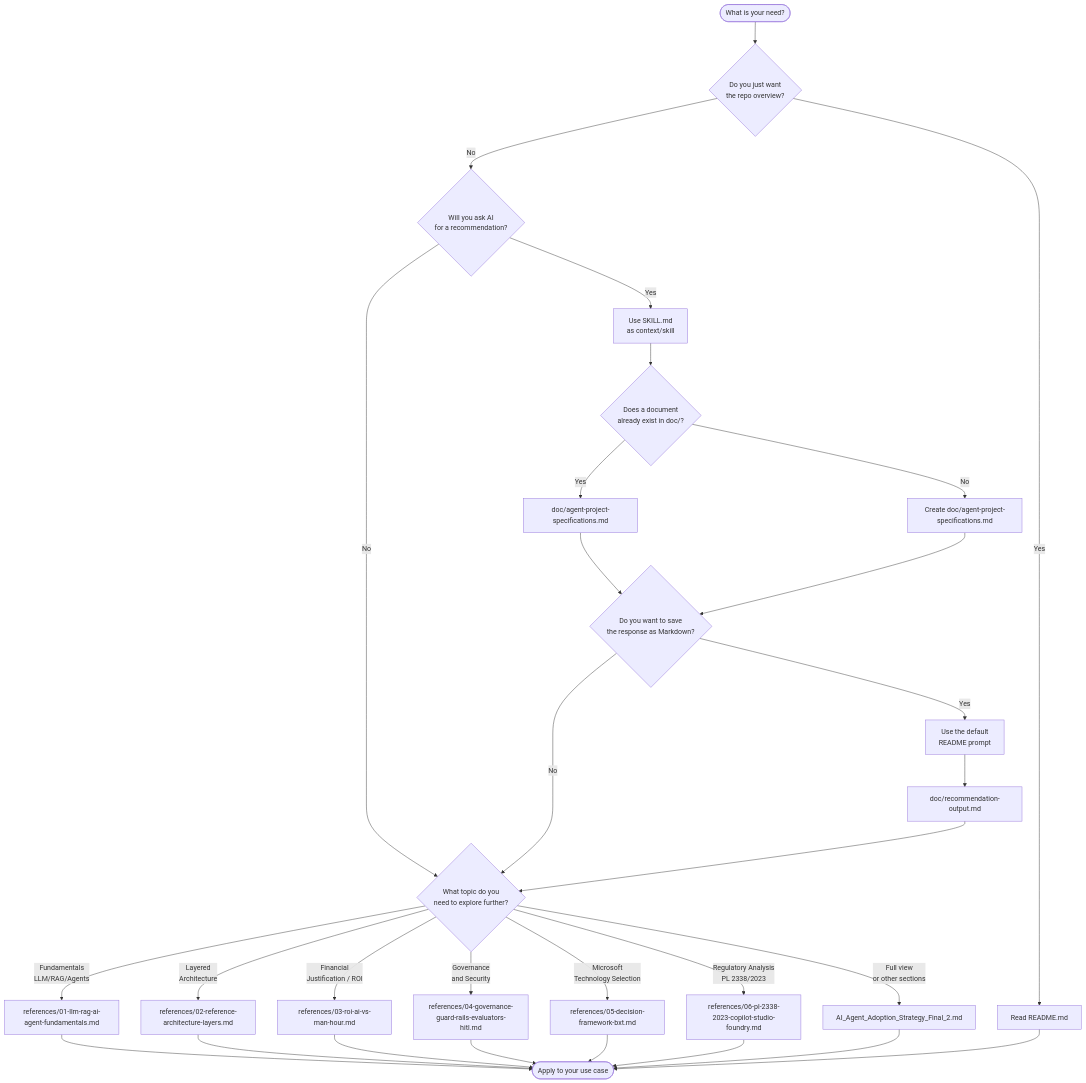
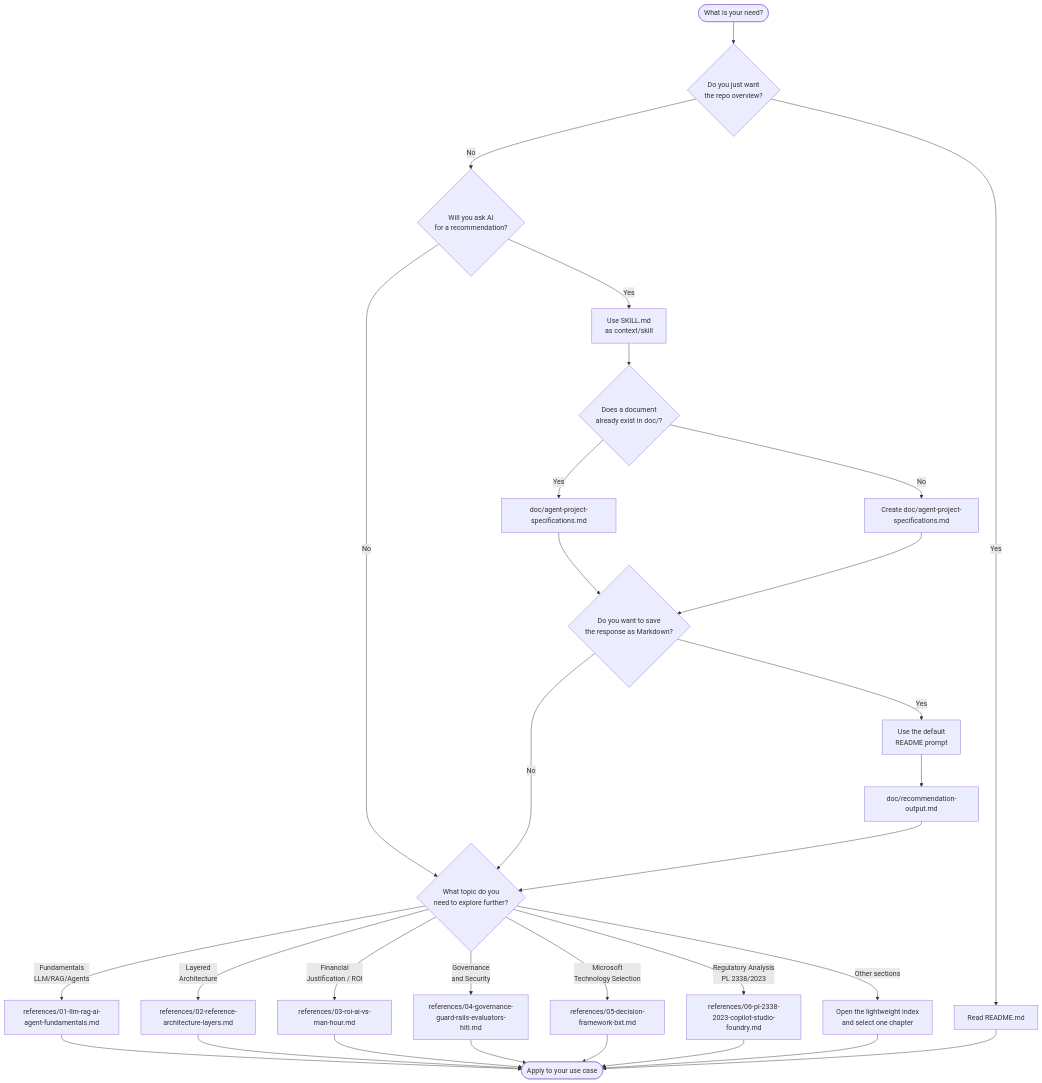
Before and after one commit to fabioharams/hubsp-ai-skill: the second of 2 diagrams in README.md, drawn with Mermaid. The commit also changed other lines of this file and 26 other files, not shown here.

````diff
--- a/README.md
+++ b/README.md
@@ -86,36 +88,36 @@
 ```mermaid
 flowchart TD
     START([What is your need?]) --> Q1{Do you just want<br/>the repo overview?}
     Q1 -- Yes --> README[Read README.md]
     Q1 -- No --> Q2{Will you ask AI<br/>for a recommendation?}
 
     Q2 -- Yes --> SKILL[Use SKILL.md<br/>as context/skill]
     Q2 -- No --> Q3{What topic do you<br/>need to explore further?}
 
    SKILL --> QDOC{Does a document<br/>already exist in doc/?}
    QDOC -- Yes --> DOC[doc/agent-project-specifications.md]
    QDOC -- No --> DOCNEW[Create doc/agent-project-specifications.md]
    DOC --> QOUT{Do you want to save<br/>the response as Markdown?}
    DOCNEW --> QOUT
    QOUT -- Yes --> PROMPT[Use the default<br/>README prompt]
    PROMPT --> OUTMD[doc/recommendation-output.md]
    QOUT -- No --> Q3
    OUTMD --> Q3
 
     Q3 -- Fundamentals<br/>LLM/RAG/Agents --> R1[references/01-llm-rag-ai-agent-fundamentals.md]
     Q3 -- Layered<br/>Architecture --> R2[references/02-reference-architecture-layers.md]
     Q3 -- Financial<br/>Justification / ROI --> R3[references/03-roi-ai-vs-man-hour.md]
     Q3 -- Governance<br/>and Security --> R4[references/04-governance-guard-rails-evaluators-hitl.md]
     Q3 -- Microsoft<br/>Technology Selection --> R5[references/05-decision-framework-bxt.md]
    Q3 -- Regulatory Analysis<br/>PL 2338/2023 --> R6[references/06-pl-2338-2023-copilot-studio-foundry.md]
-    Q3 -- Full view<br/>or other sections --> CANON[AI_Agent_Adoption_Strategy_Final_2.md]
+   Q3 -- Other sections --> CANON[Open the lightweight index<br/>and select one chapter]
 
     R1 --> END([Apply to your use case])
     R2 --> END
     R3 --> END
     R4 --> END
     R5 --> END
    R6 --> END
     CANON --> END
     README --> END
 ```
````
